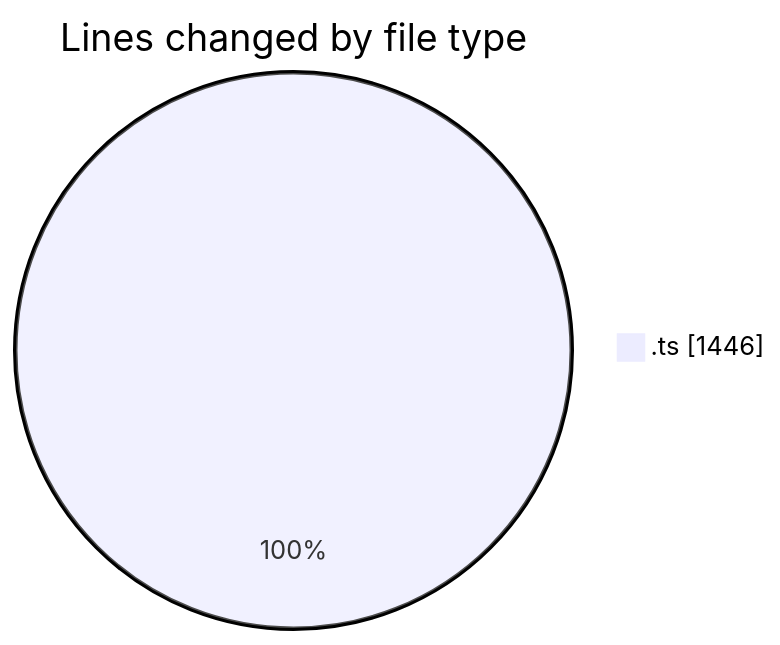
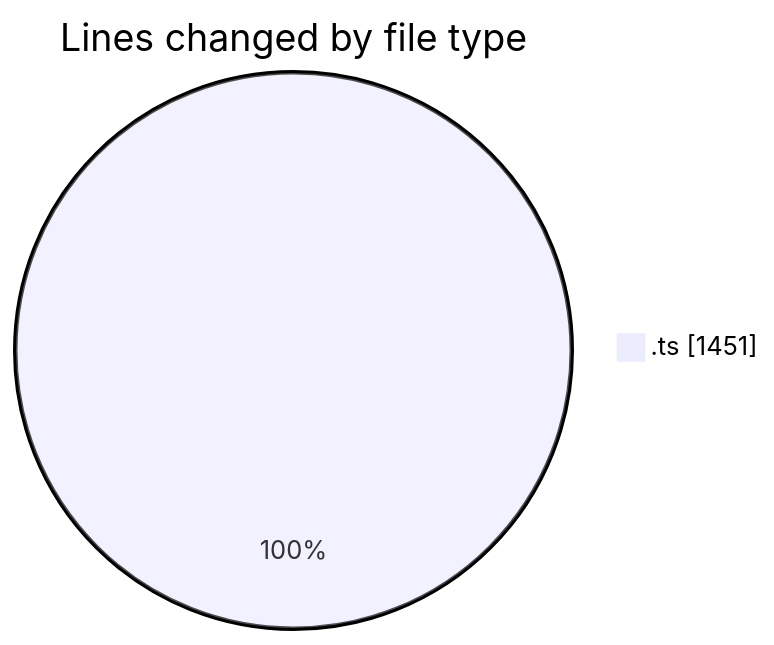
Before and after one commit to tmsrecording-cyber/code-tracking: the first of 2 diagrams in 2026-04-15/ai_news_simple/README.md, drawn with Mermaid. The commit also changed other lines of this file and 1 other file, not shown here.

````diff
--- a/2026-04-15/ai_news_simple/README.md
+++ b/2026-04-15/ai_news_simple/README.md
@@ -21,5 +21,5 @@
 ```mermaid
 pie showData
 title Lines changed by file type
-".ts" : 1446
+".ts" : 1451
 ```
````
